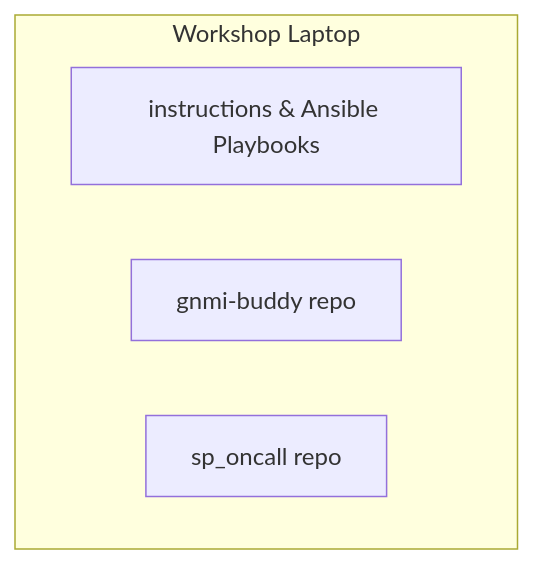
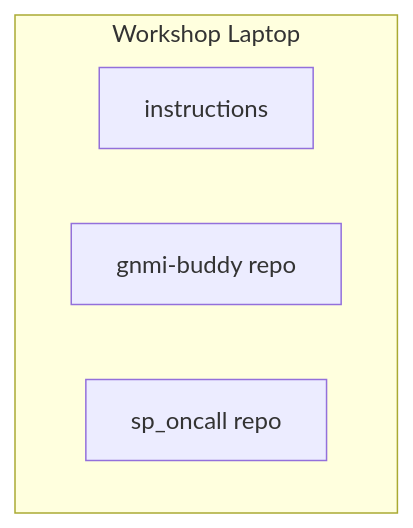
The third of 4 diagrams in README.md (jillesca/DEVWKS-3337), drawn with Mermaid before and after one commit. The commit also changed other lines of this file and 1 other file, not shown here.

````diff
--- a/README.md
+++ b/README.md
@@ -25,8 +34,8 @@
 ```mermaid
 flowchart TD
     subgraph Workshop Laptop
-        C[instructions & Ansible Playbooks]
+        C[instructions]
         D[gnmi-buddy repo]
         E[sp_oncall repo]
     end
 ```
````
